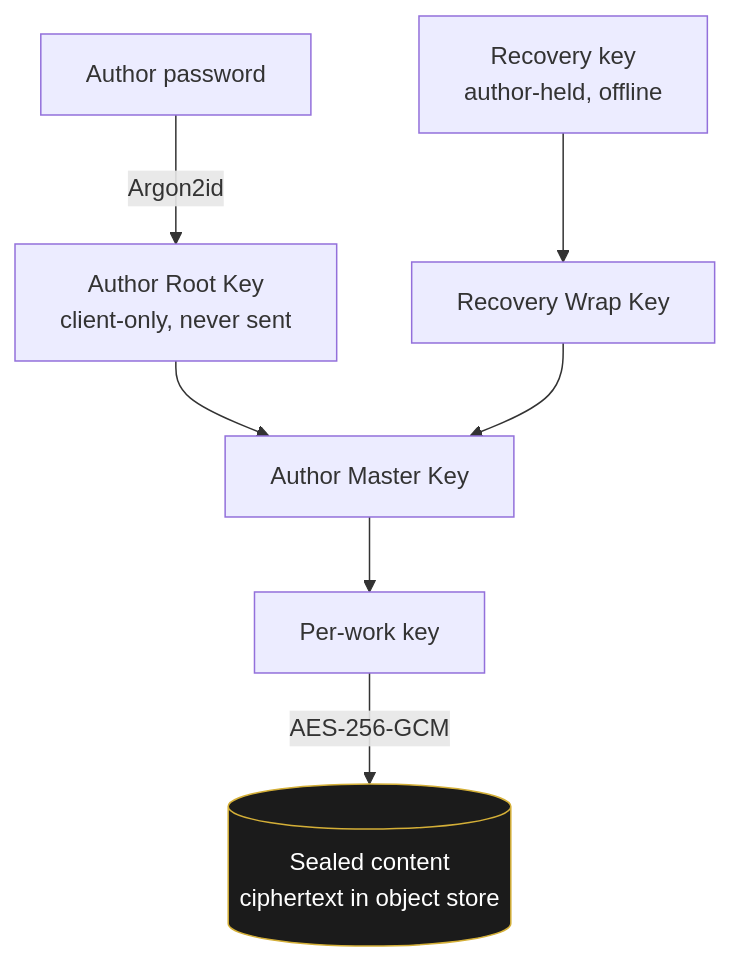
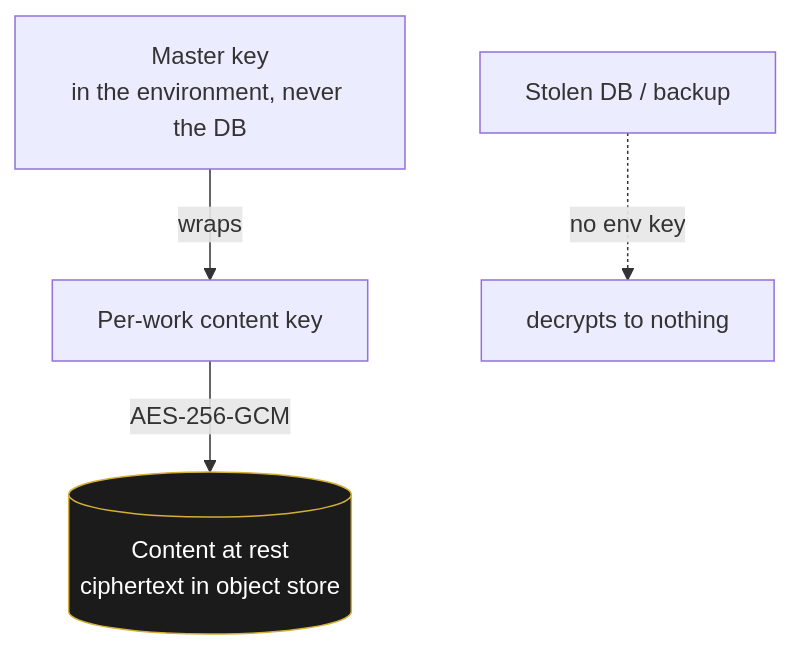
Before and after one commit to ajgreyling/arjuna-badger-press: the seventh of 9 diagrams in docs/TECHNOLOGY.md, drawn with Mermaid. The commit also changed other lines of this file, not shown here.

First line of the commit message:
technology: §8 to honest encrypted-at-rest posture (retire zero-access claim)

````diff
--- a/docs/TECHNOLOGY.md
+++ b/docs/TECHNOLOGY.md
@@ -265,11 +254,8 @@
 ```mermaid
 flowchart TB
-    PW[Author password] -->|Argon2id| ARK[Author Root Key<br/>client-only, never sent]
-    REC[Recovery key<br/>author-held, offline] --> RWK[Recovery Wrap Key]
-    ARK --> AMK[Author Master Key]
-    RWK --> AMK
-    AMK --> DEK[Per-work key]
-    DEK -->|AES-256-GCM| CT[(Sealed content<br/>ciphertext in object store)]
+    KEK[Master key<br/>in the environment, never the DB] -->|wraps| WK[Per-work content key]
+    WK -->|AES-256-GCM| CT[(Content at rest<br/>ciphertext in object store)]
+    DUMP[Stolen DB / backup] -.->|no env key| NIL[decrypts to nothing]
     classDef store fill:#1b1b1b,stroke:#d4af37,color:#fff;
     class CT store;
 ```
````
